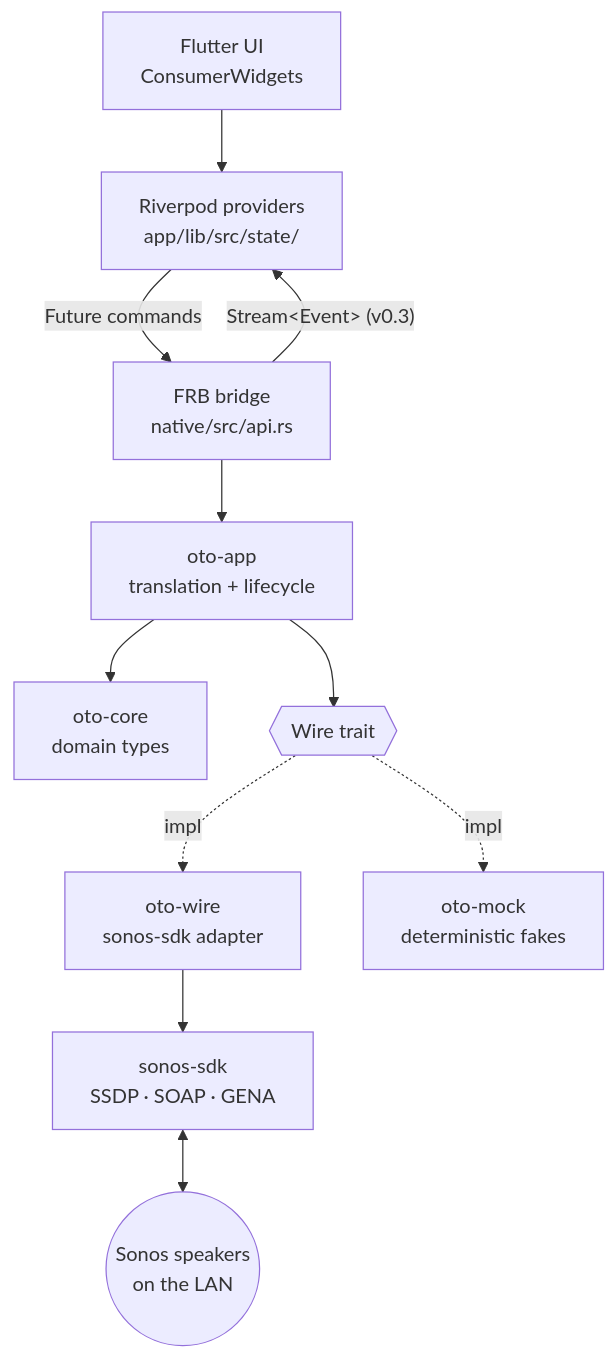
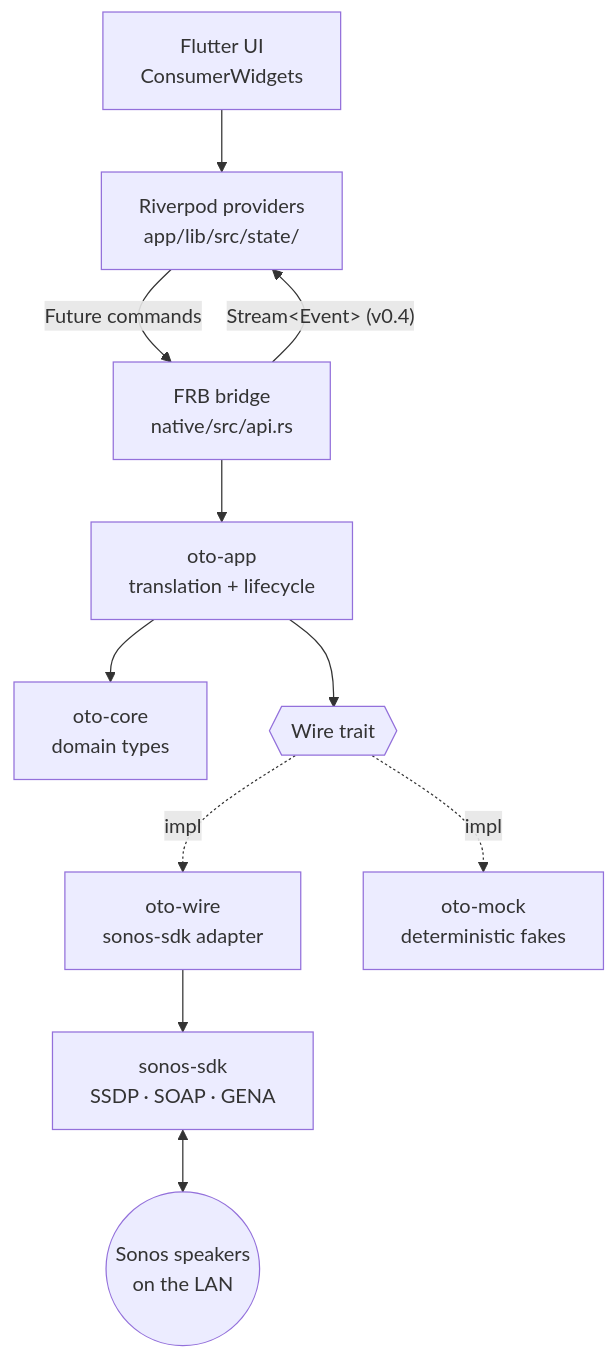
The first of 2 diagrams in docs/ARCHITECTURE.md (Oszkar/oto), drawn with Mermaid before and after one commit. The commit also changed other lines of this file and 7 other files, not shown here.

````diff
--- a/docs/ARCHITECTURE.md
+++ b/docs/ARCHITECTURE.md
@@ -24,24 +26,24 @@
 ```mermaid
 flowchart TD
     UI["Flutter UI<br/>ConsumerWidgets"]
     RP["Riverpod providers<br/>app/lib/src/state/"]
     FRB["FRB bridge<br/>native/src/api.rs"]
     APP["oto-app<br/>translation + lifecycle"]
     CORE["oto-core<br/>domain types"]
     WIRE{{"Wire trait"}}
     WIREIMPL["oto-wire<br/>sonos-sdk adapter"]
     MOCK["oto-mock<br/>deterministic fakes"]
     SDK["sonos-sdk<br/>SSDP · SOAP · GENA"]
     NET(("Sonos speakers<br/>on the LAN"))
 
     UI --> RP
     RP -->|"Future commands"| FRB
-    FRB -->|"Stream&lt;Event&gt; (v0.3)"| RP
+    FRB -->|"Stream&lt;Event&gt; (v0.4)"| RP
     FRB --> APP
     APP --> CORE
     APP --> WIRE
     WIRE -.impl.-> WIREIMPL
     WIRE -.impl.-> MOCK
     WIREIMPL --> SDK
     SDK <--> NET
 ```
````
